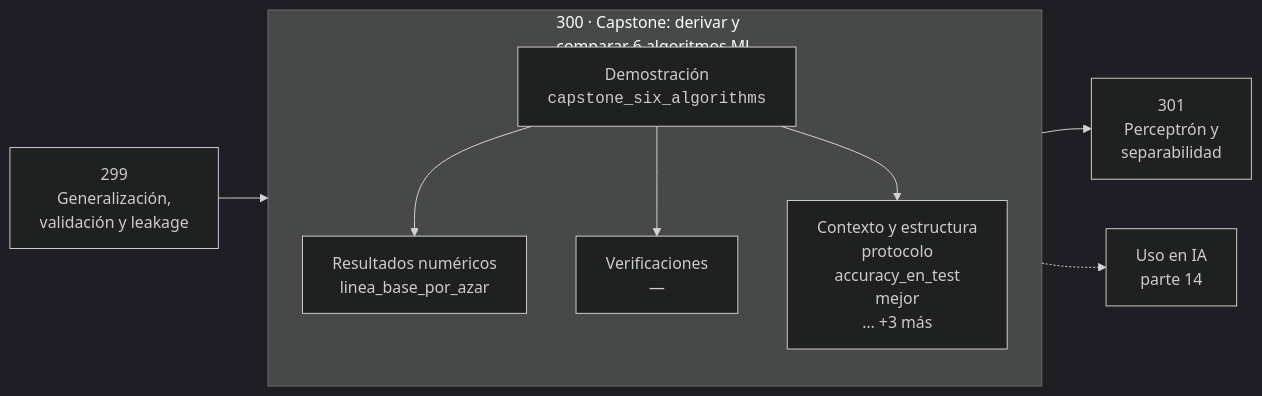
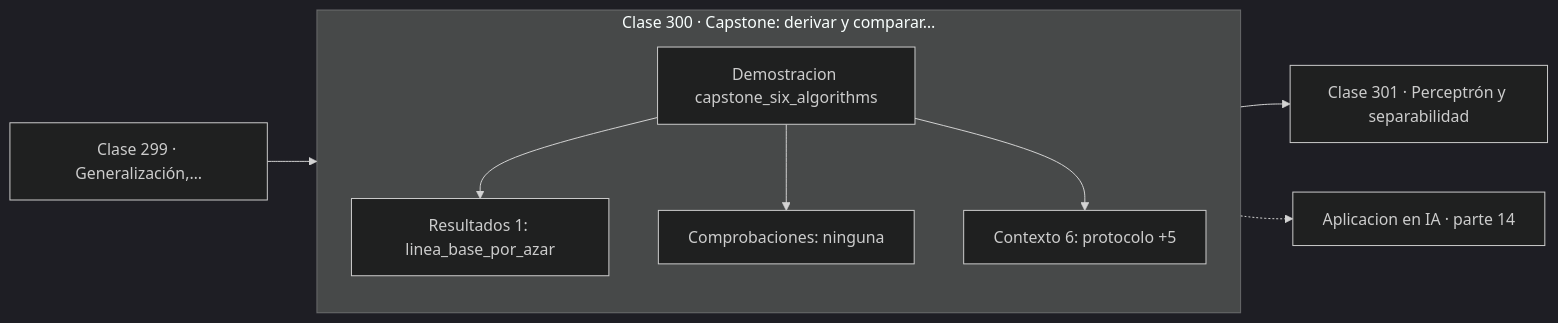
The diagram in classes/part-14-matematica-de-machine-learning/300-capstone-derivar-y-comparar-6-algoritmos-ml/README.md (vladimiracunadev-create/computational-mathematics-program), drawn with Mermaid (dark theme) before and after one commit. The commit also changed 389 other files, not shown here.

First line of the commit message:
fix(diagramas): elimina el HTML de las etiquetas Mermaid

````diff
--- a/classes/part-14-matematica-de-machine-learning/300-capstone-derivar-y-comparar-6-algoritmos-ml/README.md
+++ b/classes/part-14-matematica-de-machine-learning/300-capstone-derivar-y-comparar-6-algoritmos-ml/README.md
@@ -30,12 +30,13 @@
 ```mermaid
 flowchart LR
-    P["299<br/>Generalización,<br/>validación y leakage"] --> C
-    subgraph C["300 · Capstone: derivar y<br/>comparar 6 algoritmos ML"]
+    P["Clase 299 · Generalización,…"] --> D
+    subgraph CLASE["Clase 300 · Capstone: derivar y comparar…"]
         direction TB
-        D["Demostración<br/><code>capstone_six_algorithms</code>"] --> R["Resultados numéricos<br/>linea_base_por_azar"]
-        D --> V["Verificaciones<br/>—"]
-        D --> O["Contexto y estructura<br/>protocolo<br/>accuracy_en_test<br/>mejor<br/>… +3 más"]
+        D["Demostracion capstone_six_algorithms"]
+        D --> R["Resultados 1: linea_base_por_azar"]
+        D --> V["Comprobaciones: ninguna"]
+        D --> O["Contexto 6: protocolo +5"]
     end
-    C --> N["301<br/>Perceptrón y<br/>separabilidad"]
-    C -.-> IA["Uso en IA<br/>parte 14"]
+    R --> N["Clase 301 · Perceptrón y separabilidad"]
+    V -.-> IA["Aplicacion en IA · parte 14"]
 ```
````
